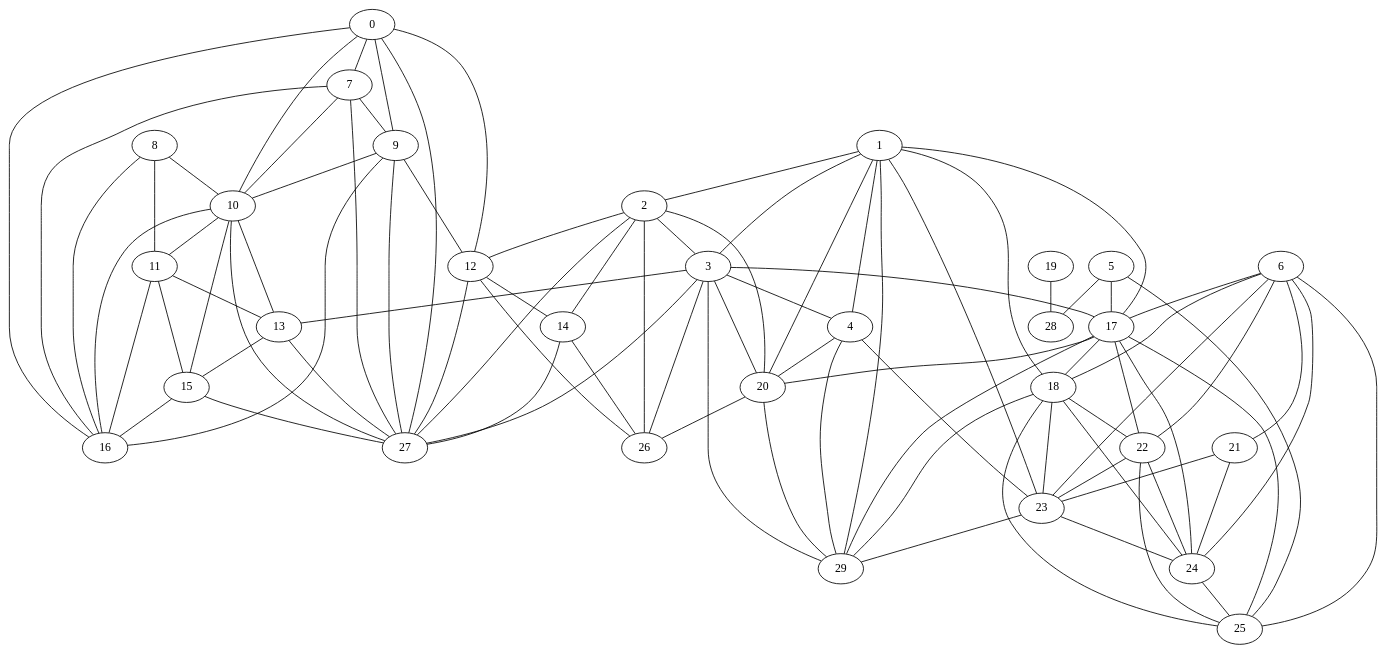
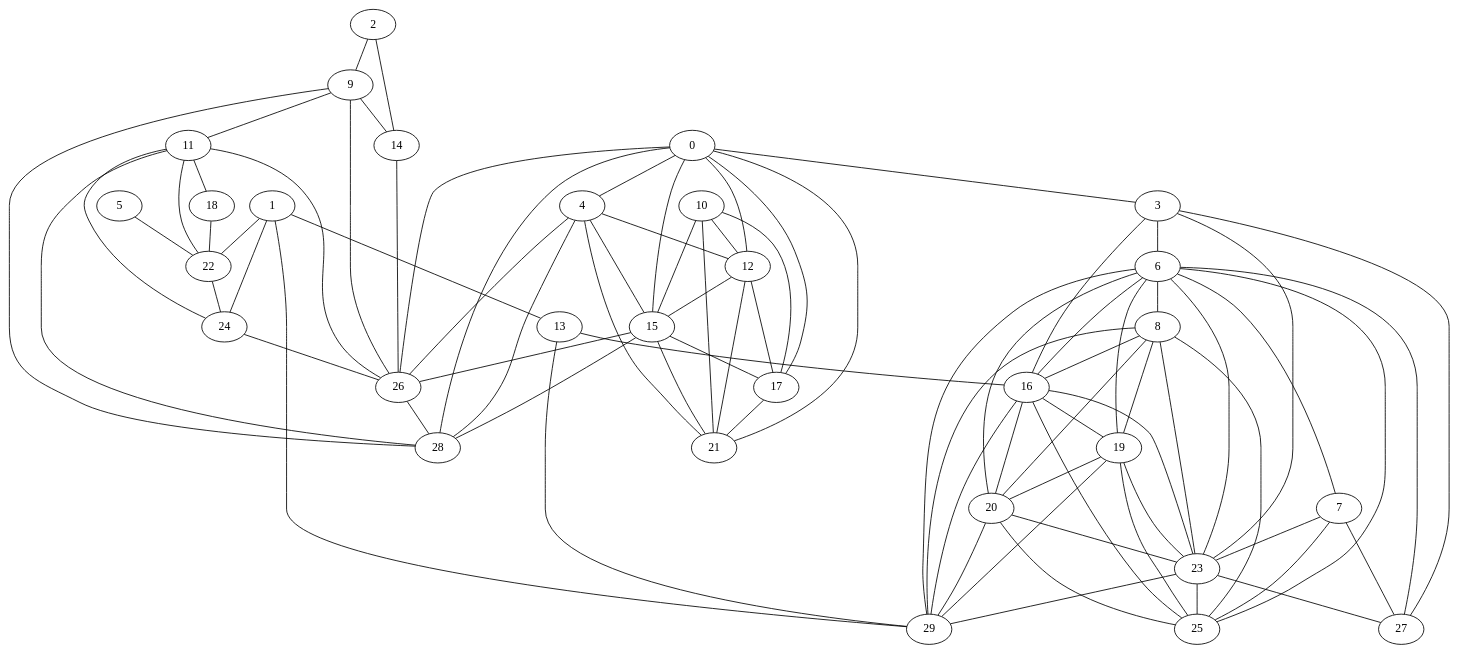
One commit to OmarAlejandroLinares/ProyectoDAA changed the diagram in gv/Geografico_Simple_30x0.8.gv. Above: the diagram before and after it, drawn with Graphviz. The commit also changed 40 other files, not shown here.

```diff
--- a/gv/Geografico_Simple_30x0.8.gv
+++ b/gv/Geografico_Simple_30x0.8.gv
@@ -1,122 +1,117 @@
 graph {
 	0 [label=0]
 	1 [label=1]
 	2 [label=2]
 	3 [label=3]
 	4 [label=4]
 	5 [label=5]
 	6 [label=6]
 	7 [label=7]
 	8 [label=8]
 	9 [label=9]
 	10 [label=10]
 	11 [label=11]
 	12 [label=12]
 	13 [label=13]
 	14 [label=14]
 	15 [label=15]
 	16 [label=16]
 	17 [label=17]
 	18 [label=18]
 	19 [label=19]
 	20 [label=20]
 	21 [label=21]
 	22 [label=22]
 	23 [label=23]
 	24 [label=24]
 	25 [label=25]
 	26 [label=26]
 	27 [label=27]
 	28 [label=28]
 	29 [label=29]
-	0 -- 7
-	0 -- 9
-	0 -- 10
+	0 -- 3
+	0 -- 4
 	0 -- 12
-	0 -- 16
-	0 -- 27
-	1 -- 2
-	1 -- 3
-	1 -- 4
-	1 -- 17
-	1 -- 18
-	1 -- 20
-	1 -- 23
+	0 -- 15
+	0 -- 17
+	0 -- 21
+	0 -- 26
+	0 -- 28
+	1 -- 13
+	1 -- 22
+	1 -- 24
 	1 -- 29
-	2 -- 3
-	2 -- 12
+	2 -- 9
 	2 -- 14
-	2 -- 20
-	2 -- 26
-	2 -- 27
-	3 -- 4
-	3 -- 13
-	3 -- 17
-	3 -- 20
-	3 -- 26
+	3 -- 6
+	3 -- 16
+	3 -- 23
 	3 -- 27
-	3 -- 29
-	4 -- 20
-	4 -- 23
-	4 -- 29
-	5 -- 17
-	5 -- 25
-	5 -- 28
-	6 -- 17
-	6 -- 18
-	6 -- 21
-	6 -- 22
+	4 -- 12
+	4 -- 15
+	4 -- 21
+	4 -- 26
+	4 -- 28
+	5 -- 22
+	6 -- 7
+	6 -- 8
+	6 -- 16
+	6 -- 19
+	6 -- 20
 	6 -- 23
-	6 -- 24
 	6 -- 25
-	7 -- 9
-	7 -- 10
-	7 -- 16
+	6 -- 27
+	6 -- 29
+	7 -- 23
+	7 -- 25
 	7 -- 27
-	8 -- 10
-	8 -- 11
 	8 -- 16
-	9 -- 10
-	9 -- 12
-	9 -- 16
-	9 -- 27
-	10 -- 11
-	10 -- 13
+	8 -- 19
+	8 -- 20
+	8 -- 23
+	8 -- 25
+	8 -- 29
+	9 -- 11
+	9 -- 14
+	9 -- 26
+	9 -- 28
+	10 -- 12
 	10 -- 15
-	10 -- 16
-	10 -- 27
-	11 -- 13
-	11 -- 15
-	11 -- 16
-	12 -- 14
-	12 -- 26
-	12 -- 27
-	13 -- 15
-	13 -- 27
+	10 -- 17
+	10 -- 21
+	11 -- 18
+	11 -- 22
+	11 -- 24
+	11 -- 26
+	11 -- 28
+	12 -- 15
+	12 -- 17
+	12 -- 21
+	13 -- 16
+	13 -- 29
 	14 -- 26
-	14 -- 27
-	15 -- 16
-	15 -- 27
-	17 -- 18
-	17 -- 20
-	17 -- 22
-	17 -- 24
-	17 -- 25
-	17 -- 29
+	15 -- 17
+	15 -- 21
+	15 -- 26
+	15 -- 28
+	16 -- 19
+	16 -- 20
+	16 -- 23
+	16 -- 25
+	16 -- 29
+	17 -- 21
 	18 -- 22
-	18 -- 23
-	18 -- 24
-	18 -- 25
-	18 -- 29
-	19 -- 28
-	20 -- 26
+	19 -- 20
+	19 -- 23
+	19 -- 25
+	19 -- 29
+	20 -- 23
+	20 -- 25
 	20 -- 29
-	21 -- 23
-	21 -- 24
-	22 -- 23
 	22 -- 24
-	22 -- 25
-	23 -- 24
+	23 -- 25
+	23 -- 27
 	23 -- 29
-	24 -- 25
+	24 -- 26
+	26 -- 28
 }
```
